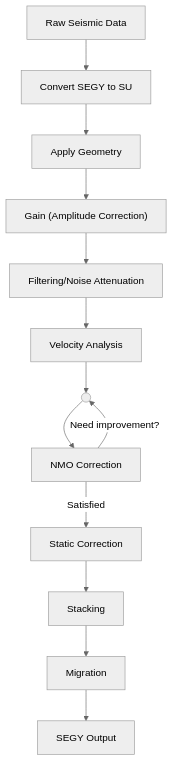
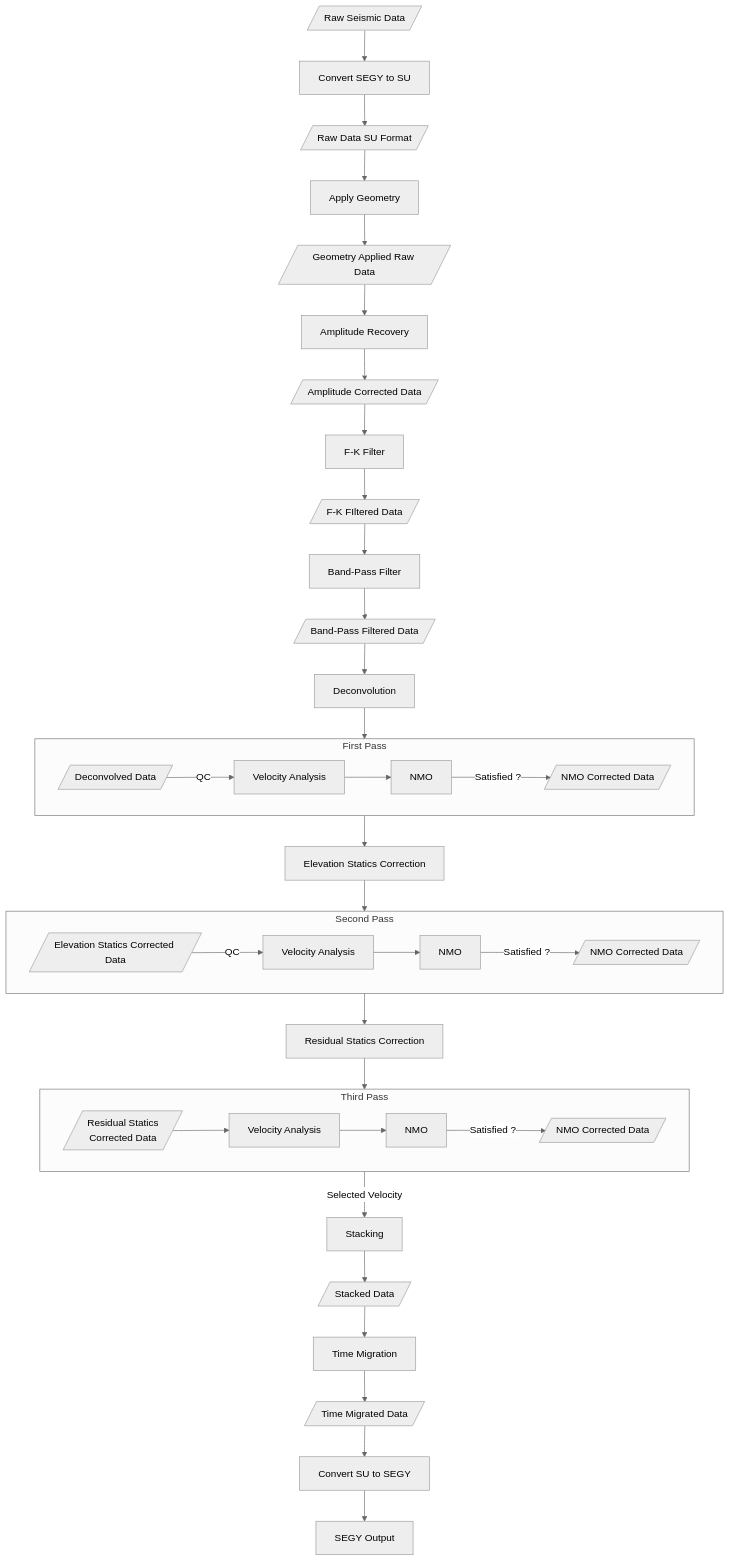
Before and after one commit to vandanue/ADG-1: the diagram in README.md, drawn with Mermaid (neutral theme).

Commit message:
Update flowchart

````diff
--- a/README.md
+++ b/README.md
@@ -6,17 +6,46 @@
 ```mermaid
 flowchart TD
-    A[Raw Seismic Data] --> B[Convert SEGY to SU]
-    B --> C[Apply Geometry]
-    C --> D["Gain (Amplitude Correction)"]
-    D --> E[Filtering/Noise Attenuation]
-    E --> F[Velocity Analysis]
-    
-    F --> Z(( ))
-    Z --> G[NMO Correction]
-    G --> |Need improvement?| Z
-    G --> |Satisfied| H[Static Correction]
-    
-    H --> I[Stacking]
-    I --> J[Migration]
-    J --> K[SEGY Output]
+    A[/Raw Seismic Data/] --> B[Convert SEGY to SU]
+    B --> C[/Raw Data SU Format/]
+    C --> D[Apply Geometry]
+    D --> E[/Geometry Applied Raw Data/]
+    E --> F[Amplitude Recovery]
+    F --> G[/Amplitude Corrected Data/]
+    G --> H[F-K Filter]
+    H --> I[/F-K FIltered Data/]
+    I --> J[Band-Pass Filter]
+    J --> K[/Band-Pass Filtered Data/]
+    K --> L[Deconvolution]
+    L --> M[/Deconvolved Data/]
+    subgraph First Pass
+    direction LR
+        M --> |QC| Z[Velocity Analysis]
+        Z --> ZZ[NMO]
+        ZZ --> |Satisfied ?| ZZZ[/NMO Corrected Data/]
+    end
+
+    M --> N[Elevation Statics Correction]
+    N --> O[/Elevation Statics Corrected Data/] 
+    subgraph Second Pass
+    direction LR
+        O --> |QC| ZZZZ[Velocity Analysis]
+        ZZZZ --> ZZZZZ[NMO]
+        ZZZZZ --> |Satisfied ?| ZZZZZZ[/NMO Corrected Data/]
+    end
+
+    O --> P[Residual Statics Correction]
+    P --> Q[/Residual Statics <br/> Corrected Data/]
+    subgraph Third Pass
+    direction LR
+        Q --> ZZZZZZZ[Velocity Analysis]
+        ZZZZZZZ --> ZZZZZZZZ[NMO]
+        ZZZZZZZZ --> |Satisfied ?| ZZZZZZZZZ[/NMO Corrected Data/]
+    end
+
+    Q --> |Selected Velocity| R[Stacking]
+    R --> S[/Stacked Data/]
+    S --> T[Time Migration]
+    T --> U[/Time Migrated Data/]
+    U --> V[Convert SU to SEGY]
+    V --> W[SEGY Output]
 ```
````
